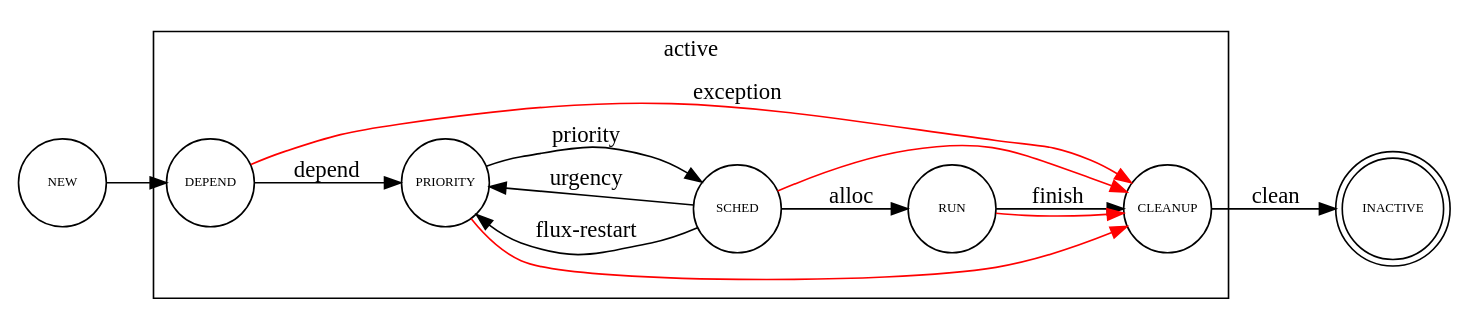
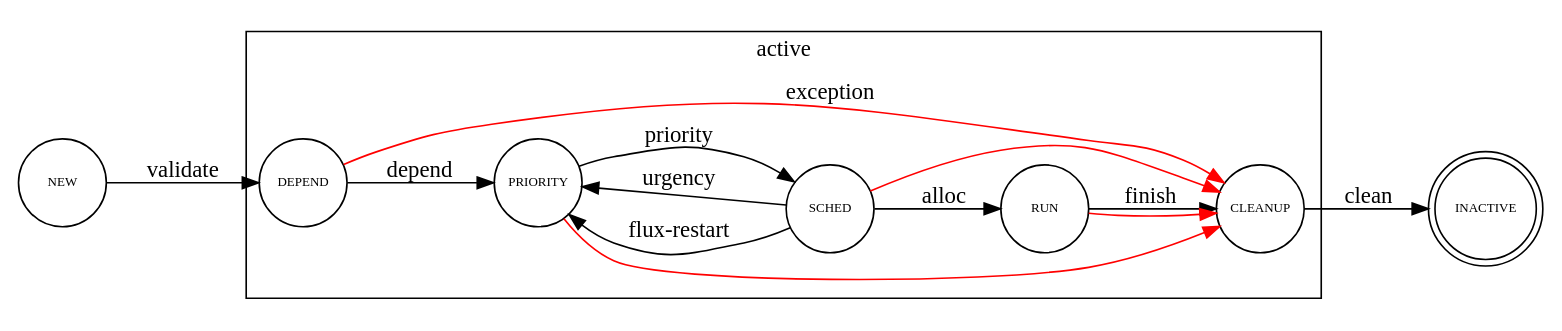
The diagram in data/spec_21/states.dot (flux-framework/rfc), drawn with Graphviz before and after one commit.

Commit message:
rfc21: add validate event to state diagram
Problem: state machine diagram depicts NEW->DEPEND transition
without a labeled edge.

ADd new "validate" label to edge.

```diff
--- a/data/spec_21/states.dot
+++ b/data/spec_21/states.dot
@@ -1,35 +1,35 @@
 digraph states {
     rankdir=LR
 
 #size="8,5"
 
     node [shape=doublecircle fontsize=8 fixsize=shape width=0.75]; INACTIVE
 
     node [shape=circle fontsize=8 fixedsize=shape width=0.75];
 
     subgraph cluster_main {
         label = "active";
         DEPEND;
         PRIORITY;
         SCHED;
         RUN;
         CLEANUP;
     }
 
-    NEW -> DEPEND;
+    NEW -> DEPEND [label="validate"];
     DEPEND -> PRIORITY [label="depend"];
     PRIORITY -> SCHED [label="priority"];
     SCHED -> RUN [label="alloc"];
     RUN -> CLEANUP [label="finish"];
     CLEANUP -> INACTIVE [label="clean"];
 
     SCHED -> PRIORITY [label="flux-restart"]
     SCHED -> PRIORITY [label="urgency"]
 
     edge [weight=0 color="red"];
 
     DEPEND -> CLEANUP [label="exception"];
     PRIORITY -> CLEANUP;
     SCHED -> CLEANUP;
     RUN -> CLEANUP;
 }
```
